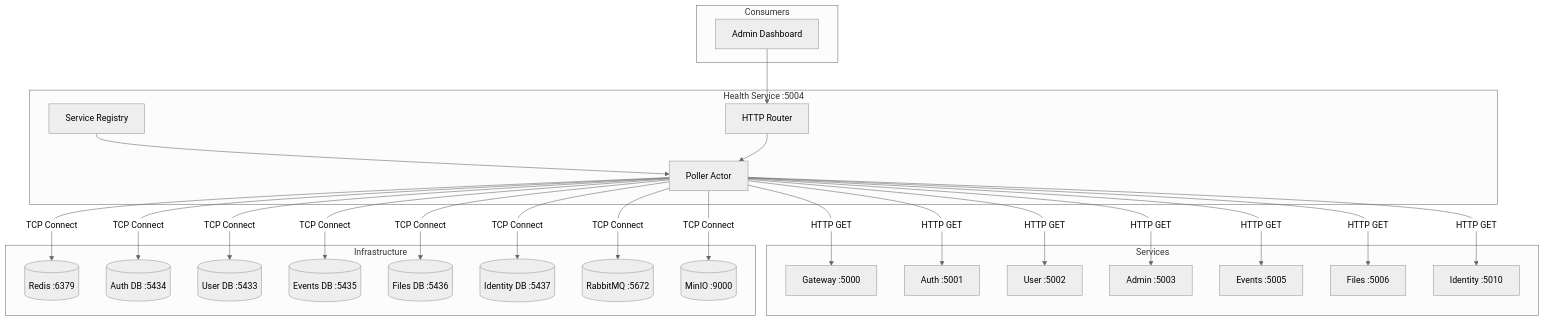
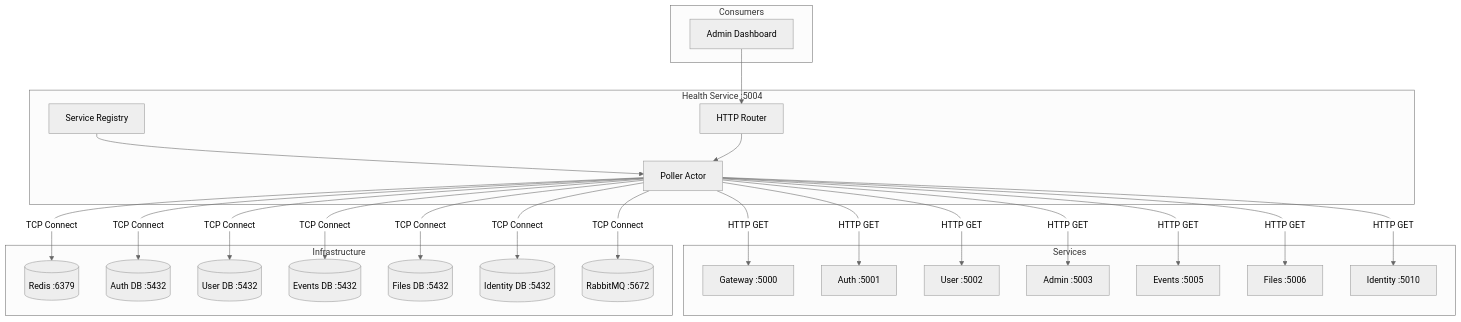
One commit to Nechja/hellArch changed the first of 4 diagrams in docs/guide/services/health.md. Above: the diagram before and after it, drawn with Mermaid (neutral theme). The commit also changed other lines of this file and 1 other file, not shown here.

Commit message:
checking more

````diff
--- a/docs/guide/services/health.md
+++ b/docs/guide/services/health.md
@@ -17,52 +17,50 @@
 ```mermaid
 graph TB
     subgraph Health Service :5004
         POLLER[Poller Actor]
         ROUTER[HTTP Router]
         REG[Service Registry]
     end
 
     subgraph Services
         GW[Gateway :5000]
         AUTH[Auth :5001]
         USER[User :5002]
         ADMIN[Admin :5003]
         EVENTS[Events :5005]
         FILES[Files :5006]
         IDENTITY[Identity :5010]
     end
 
     subgraph Infrastructure
         REDIS[(Redis :6379)]
-        AUTHDB[(Auth DB :5434)]
-        USERDB[(User DB :5433)]
-        EVENTSDB[(Events DB :5435)]
-        FILESDB[(Files DB :5436)]
-        IDENTITYDB[(Identity DB :5437)]
+        AUTHDB[(Auth DB :5432)]
+        USERDB[(User DB :5432)]
+        EVENTSDB[(Events DB :5432)]
+        FILESDB[(Files DB :5432)]
+        IDENTITYDB[(Identity DB :5432)]
         RMQ[(RabbitMQ :5672)]
-        MINIO[(MinIO :9000)]
     end
 
     subgraph Consumers
         DASHBOARD[Admin Dashboard]
     end
 
     REG --> POLLER
     POLLER -->|HTTP GET| GW
     POLLER -->|HTTP GET| AUTH
     POLLER -->|HTTP GET| USER
     POLLER -->|HTTP GET| ADMIN
     POLLER -->|HTTP GET| EVENTS
     POLLER -->|HTTP GET| FILES
     POLLER -->|HTTP GET| IDENTITY
     POLLER -->|TCP Connect| REDIS
     POLLER -->|TCP Connect| AUTHDB
     POLLER -->|TCP Connect| USERDB
     POLLER -->|TCP Connect| EVENTSDB
     POLLER -->|TCP Connect| FILESDB
     POLLER -->|TCP Connect| IDENTITYDB
     POLLER -->|TCP Connect| RMQ
-    POLLER -->|TCP Connect| MINIO
     ROUTER --> POLLER
     DASHBOARD --> ROUTER
 ```
````
